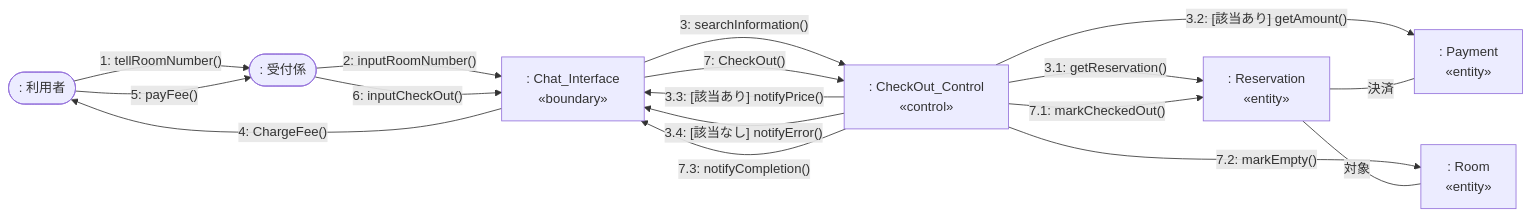
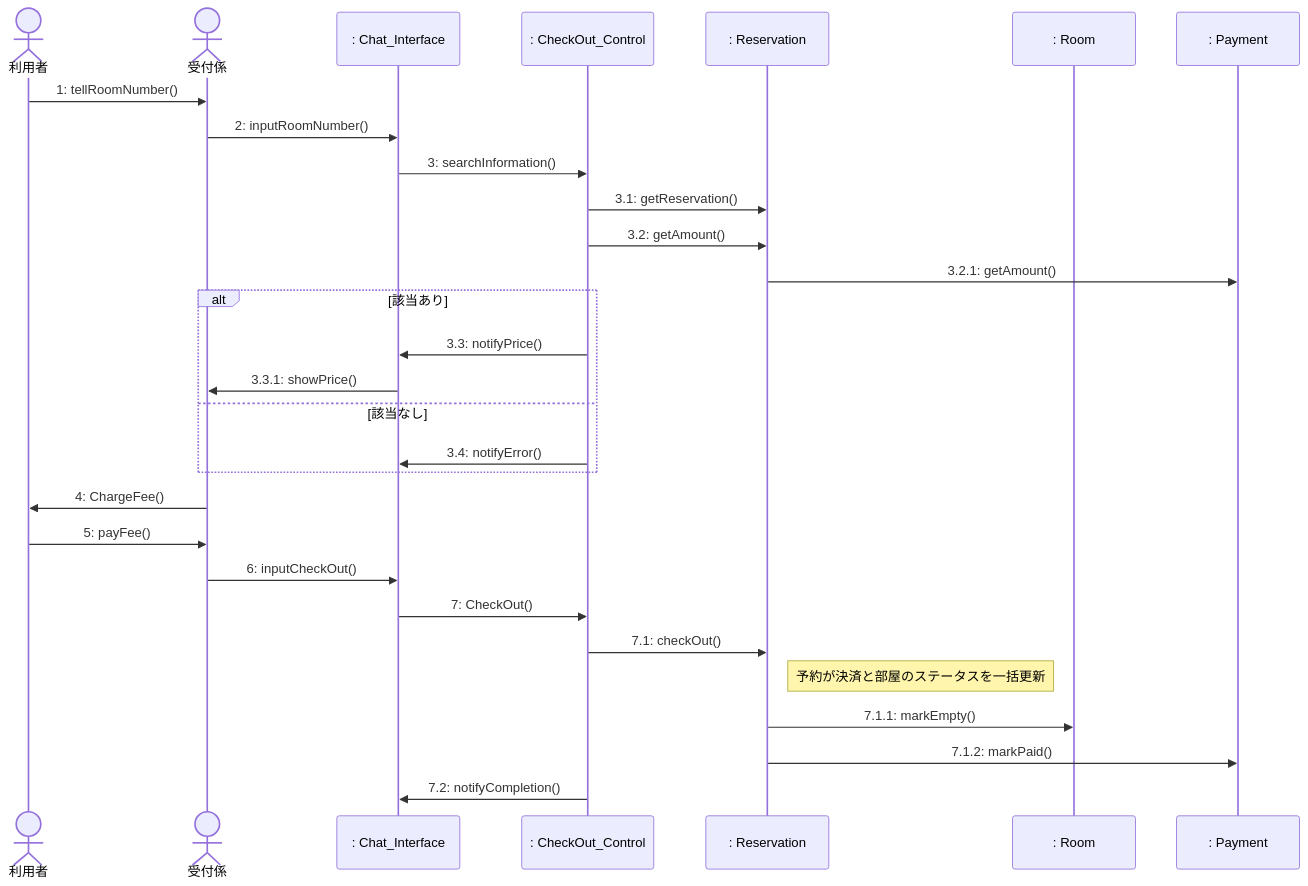
One commit to Kohki-tyl/HRS changed the third of 4 diagrams in System_Analysis.md. Above: the diagram before and after it, drawn with Mermaid. The commit also changed other lines of this file and 1 other file, not shown here.

Commit message:
-シーケンス図をmermaidで作成 -Reservationとroomの関連に合わせてコミュニケーション図を書き換え -クラス図を編集完了

````diff
--- a/System_Analysis.md
+++ b/System_Analysis.md
@@ -109,36 +124,38 @@
 ```mermaid
-flowchart LR
-    U([": 利用者"])
-    C([": 受付係"])
-    B[": Chat_Interface<br/>«boundary»"]
-    Ctrl[": CheckOut_Control<br/>«control»"]
-    RV[": Reservation<br/>«entity»"]
-    P[": Payment<br/>«entity»"]
-    RM[": Room<br/>«entity»"]
+sequenceDiagram
+    actor U as 利用者
+    actor R as 受付係
+    participant UI as : Chat_Interface
+    participant C as : CheckOut_Control
+    participant RS as : Reservation
+    participant RM as : Room
+    participant P as : Payment
 
-    %% 1. 宿泊情報の照会フェーズ
-    U -->|"1: tellRoomNumber()"| C
-    C -->|"2: inputRoomNumber()"| B
-    B -->|"3: searchInformation()"| Ctrl
-    Ctrl -->|"3.1: getReservation()"| RV
-
-    %% 照会結果・料金提示の分岐通知
-    Ctrl -->|"3.2: [該当あり] getAmount()"| P
-    Ctrl -->|"3.3: [該当あり] notifyPrice()"| B
-    Ctrl -->|"3.4: [該当なし] notifyError()"| B
-    B -->|"4: ChargeFee()"| U
-
-    %% 2. 決済とチェックアウト確定フェーズ
-    U -->|"5: payFee()"| C
-    C -->|"6: inputCheckOut()"| B
-    B -->|"7: CheckOut()"| Ctrl
-    Ctrl -->|"7.1: markCheckedOut()"| RV
-    Ctrl -->|"7.2: markEmpty()"| RM
-
-    %% 完了通知
-    Ctrl -->|"7.3: notifyCompletion()"| B
-
-    %% エンティティ間の関係
-    RV ---|"決済"| P
-    RV ---|"対象"| RM
+    U->>R: 1: tellRoomNumber()
+    R->>UI: 2: inputRoomNumber()
+    UI->>C: 3: searchInformation()
+    C->>RS: 3.1: getReservation()
+    
+    C->>RS: 3.2: getAmount()
+    RS->>P: 3.2.1: getAmount()
+    
+    alt 該当あり
+        C->>UI: 3.3: notifyPrice()
+        UI->>R: 3.3.1: showPrice()
+    else 該当なし
+        C->>UI: 3.4: notifyError()
+    end
+    
+    R->>U: 4: ChargeFee()
+    U->>R: 5: payFee()
+    R->>UI: 6: inputCheckOut()
+    
+    UI->>C: 7: CheckOut()
+    C->>RS: 7.1: checkOut()
+    
+    Note right of RS: 予約が決済と部屋のステータスを一括更新
+    RS->>RM: 7.1.1: markEmpty()
+    RS->>P: 7.1.2: markPaid()
+    
+    C->>UI: 7.2: notifyCompletion()
 ```
````
